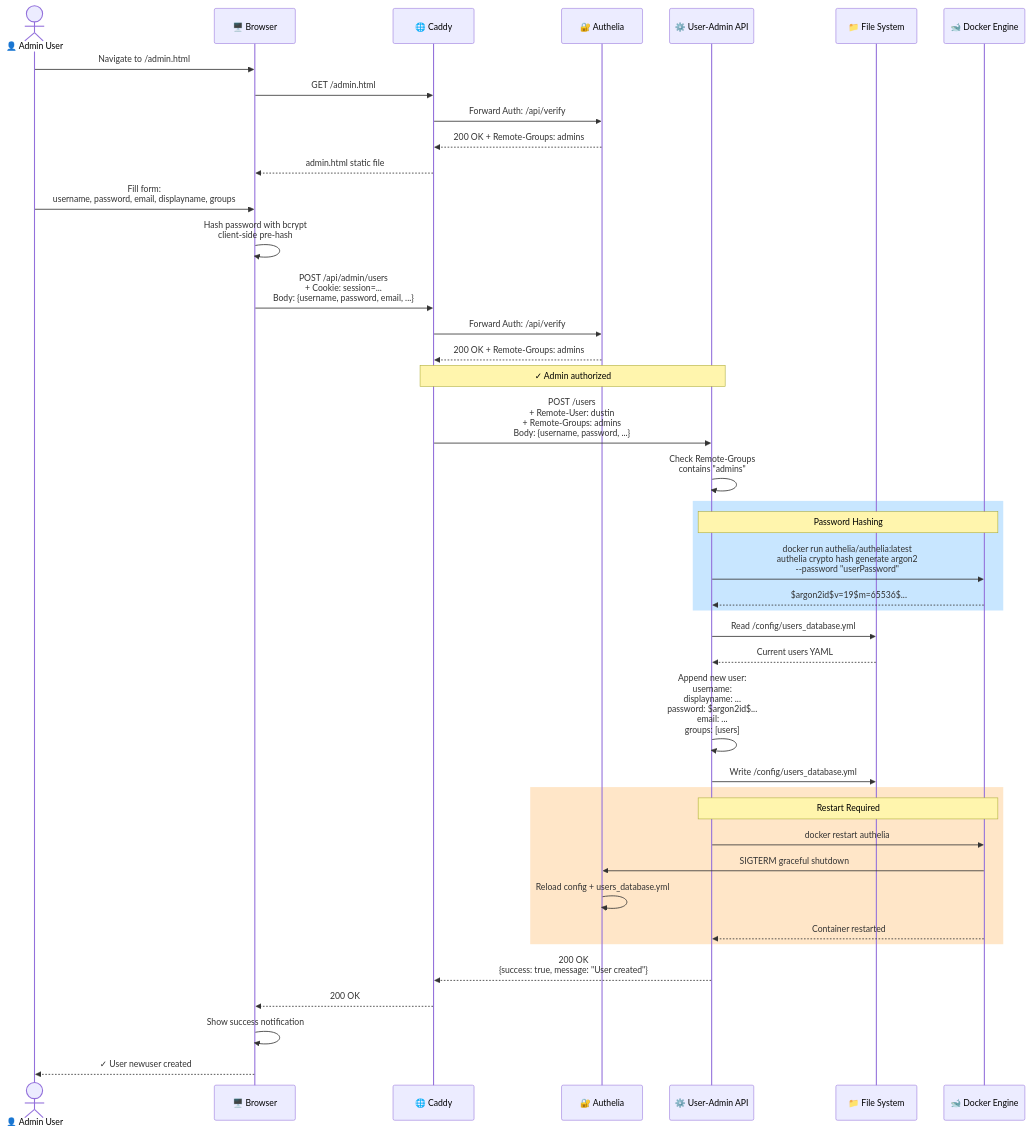
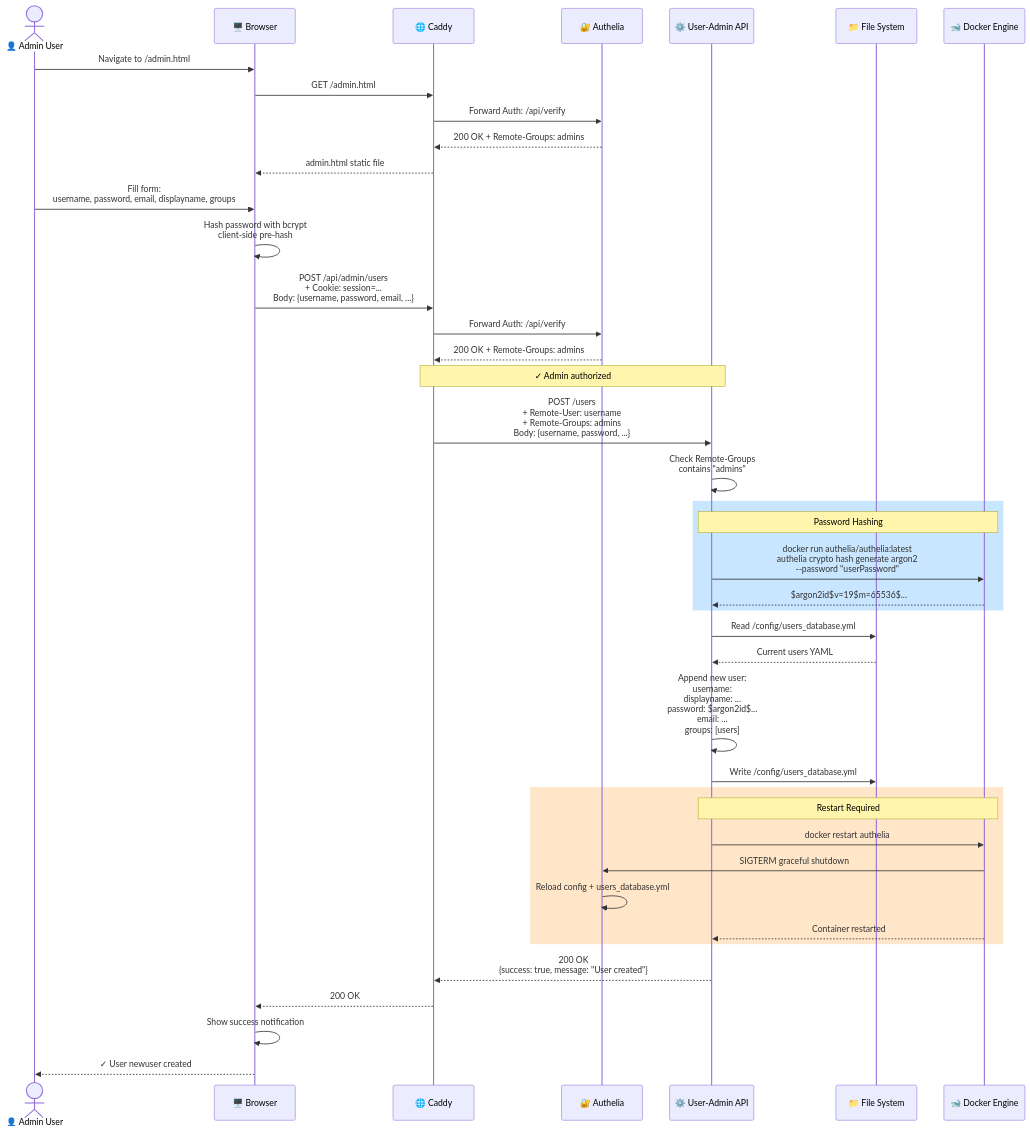
One commit to dustinnh/Walled-Garden changed the eighth of 8 diagrams in docs/advanced/walled-garden-architecture.mermaid.md. Above: the diagram before and after it, drawn with Mermaid. The commit also changed other lines of this file and 13 other files, not shown here.

````diff
--- a/docs/advanced/walled-garden-architecture.mermaid.md
+++ b/docs/advanced/walled-garden-architecture.mermaid.md
@@ -500,55 +500,55 @@
 ```mermaid
 sequenceDiagram
     actor Admin as 👤 Admin User
     participant Browser as 🖥️ Browser
     participant Caddy as 🌐 Caddy
     participant Authelia as 🔐 Authelia
     participant AdminAPI as ⚙️ User-Admin API
     participant FileSystem as 📁 File System
     participant Docker as 🐋 Docker Engine
 
     Admin->>Browser: Navigate to /admin.html
     Browser->>Caddy: GET /admin.html
     Caddy->>Authelia: Forward Auth: /api/verify
     Authelia-->>Caddy: 200 OK + Remote-Groups: admins
     Caddy-->>Browser: admin.html static file
 
     Admin->>Browser: Fill form:<br/>username, password, email, displayname, groups
     Browser->>Browser: Hash password with bcrypt<br/>client-side pre-hash
 
     Browser->>Caddy: POST /api/admin/users<br/>+ Cookie: session=...<br/>Body: {username, password, email, ...}
     Caddy->>Authelia: Forward Auth: /api/verify
     Authelia-->>Caddy: 200 OK + Remote-Groups: admins
 
     Note over Caddy,AdminAPI: ✓ Admin authorized
 
-    Caddy->>AdminAPI: POST /users<br/>+ Remote-User: dustin<br/>+ Remote-Groups: admins<br/>Body: {username, password, ...}
+    Caddy->>AdminAPI: POST /users<br/>+ Remote-User: username<br/>+ Remote-Groups: admins<br/>Body: {username, password, ...}
 
     AdminAPI->>AdminAPI: Check Remote-Groups<br/>contains "admins"
 
     rect rgb(200, 230, 255)
         Note over AdminAPI,Docker: Password Hashing
         AdminAPI->>Docker: docker run authelia/authelia:latest<br/>authelia crypto hash generate argon2<br/>--password "userPassword"
         Docker-->>AdminAPI: $argon2id$v=19$m=65536$...
     end
 
     AdminAPI->>FileSystem: Read /config/users_database.yml
     FileSystem-->>AdminAPI: Current users YAML
 
     AdminAPI->>AdminAPI: Append new user:<br/>username:<br/>  displayname: ...<br/>  password: $argon2id$...<br/>  email: ...<br/>  groups: [users]
 
     AdminAPI->>FileSystem: Write /config/users_database.yml
 
     rect rgb(255, 230, 200)
         Note over AdminAPI,Docker: Restart Required
         AdminAPI->>Docker: docker restart authelia
         Docker->>Authelia: SIGTERM graceful shutdown
         Authelia->>Authelia: Reload config + users_database.yml
         Docker-->>AdminAPI: Container restarted
     end
 
     AdminAPI-->>Caddy: 200 OK<br/>{success: true, message: "User created"}
     Caddy-->>Browser: 200 OK
     Browser->>Browser: Show success notification
     Browser-->>Admin: ✓ User newuser created
 ```
````
